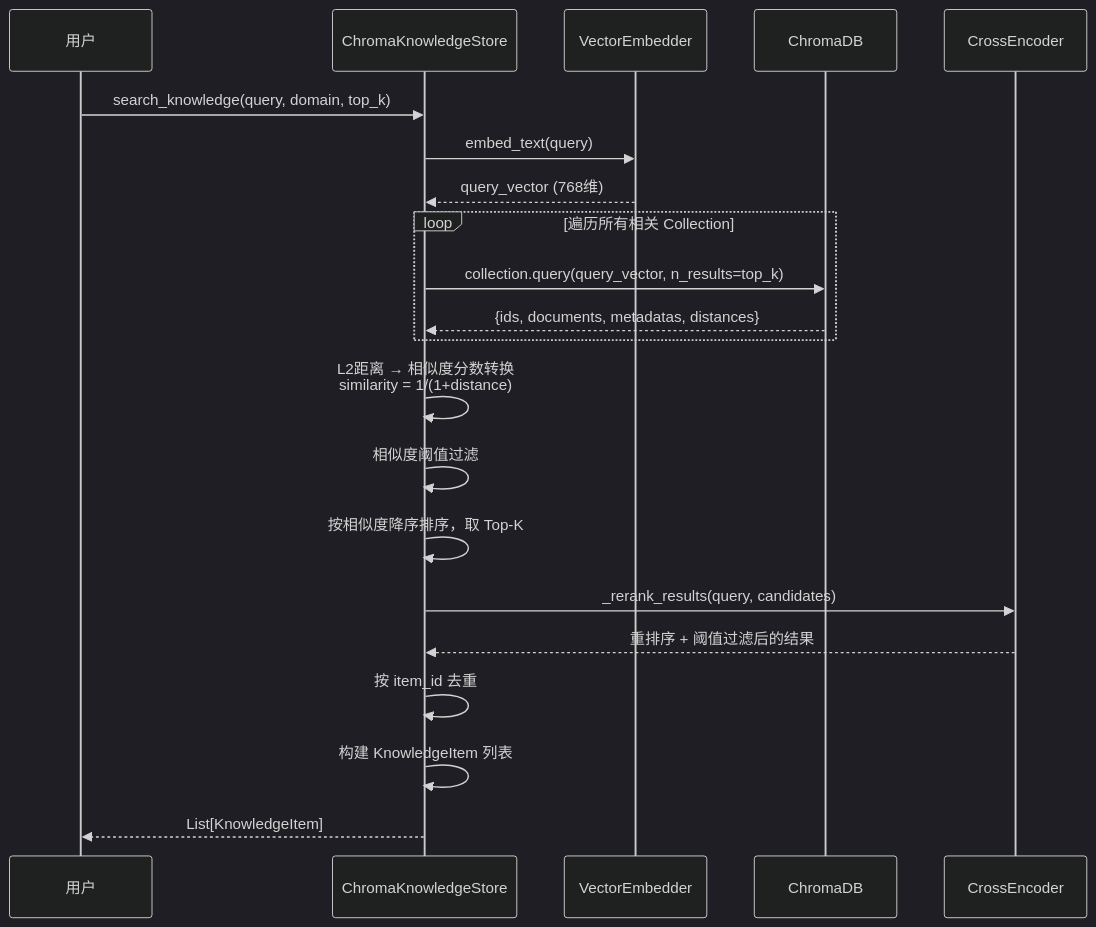
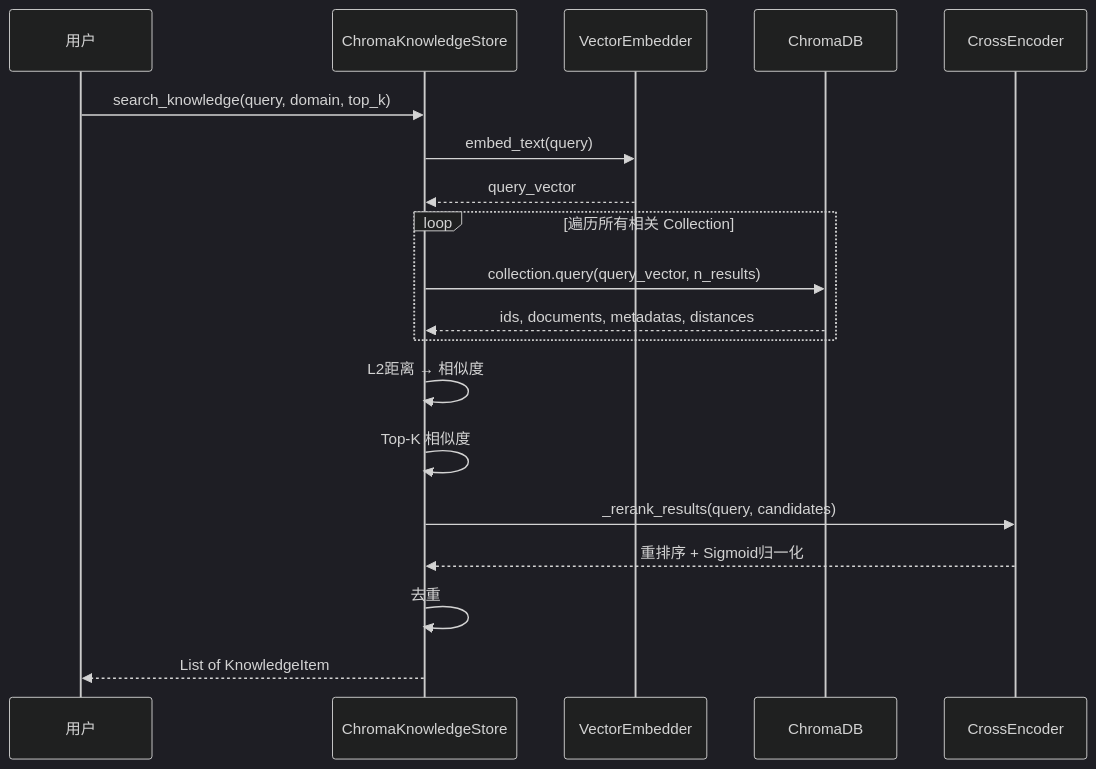
The first of 2 diagrams in doc/project-implementation.md (AI-888/06-Aether), drawn with Mermaid (dark theme) before and after one commit. The commit also changed other lines of this file and 3 other files, not shown here.

````diff
--- a/doc/project-implementation.md
+++ b/doc/project-implementation.md
@@ -260,28 +77,22 @@
 ```mermaid
 sequenceDiagram
     participant User as 用户
     participant Store as ChromaKnowledgeStore
     participant Embedder as VectorEmbedder
     participant Chroma as ChromaDB
     participant Reranker as CrossEncoder
 
     User->>Store: search_knowledge(query, domain, top_k)
     Store->>Embedder: embed_text(query)
-    Embedder-->>Store: query_vector (768维)
-
+    Embedder-->>Store: query_vector
     loop 遍历所有相关 Collection
-        Store->>Chroma: collection.query(query_vector, n_results=top_k)
-        Chroma-->>Store: {ids, documents, metadatas, distances}
+        Store->>Chroma: collection.query(query_vector, n_results)
+        Chroma-->>Store: ids, documents, metadatas, distances
     end
-
-    Store->>Store: L2距离 → 相似度分数转换<br/>similarity = 1/(1+distance)
-    Store->>Store: 相似度阈值过滤
-    Store->>Store: 按相似度降序排序，取 Top-K
-
+    Store->>Store: L2距离 → 相似度
+    Store->>Store: Top-K 相似度
     Store->>Reranker: _rerank_results(query, candidates)
-    Reranker-->>Store: 重排序 + 阈值过滤后的结果
-
-    Store->>Store: 按 item_id 去重
-    Store->>Store: 构建 KnowledgeItem 列表
-    Store-->>User: List[KnowledgeItem]
+    Reranker-->>Store: 重排序 + Sigmoid归一化
+    Store->>Store: 去重
+    Store-->>User: List of KnowledgeItem
 ```
````
